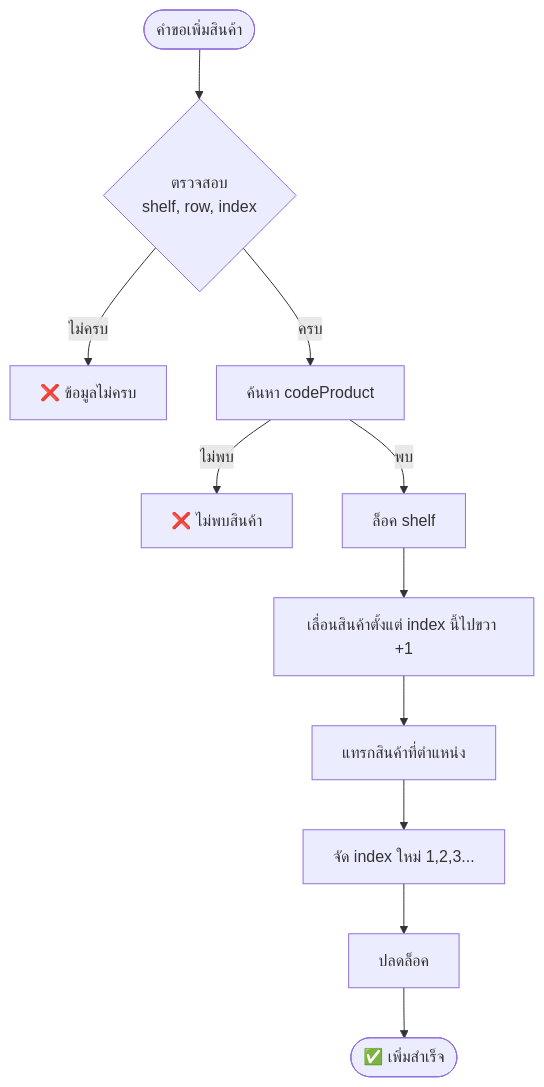
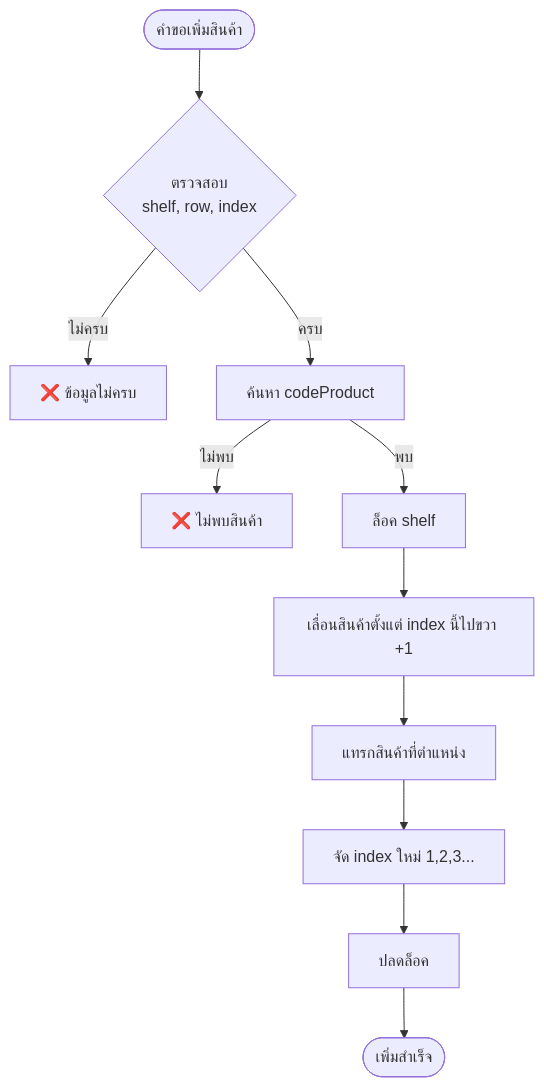
One commit to NatthawutT-07/server-BMR changed the second of 7 diagrams in docs/POG_REQUEST_FLOW.md. Above: the diagram before and after it, drawn with Mermaid. The commit also changed other lines of this file and 18 other files, not shown here.

````diff
--- a/docs/POG_REQUEST_FLOW.md
+++ b/docs/POG_REQUEST_FLOW.md
@@ -51,15 +51,15 @@
 ```mermaid
 flowchart TD
     START([คำขอเพิ่มสินค้า]) --> VALIDATE{ตรวจสอบ<br/>shelf, row, index}
     VALIDATE -->|ไม่ครบ| ERROR1[❌ ข้อมูลไม่ครบ]
     VALIDATE -->|ครบ| GET_CODE[ค้นหา codeProduct]
     
     GET_CODE -->|ไม่พบ| ERROR2[❌ ไม่พบสินค้า]
     GET_CODE -->|พบ| LOCK[ล็อค shelf]
     
     LOCK --> SHIFT[เลื่อนสินค้าตั้งแต่ index นี้ไปขวา +1]
     SHIFT --> INSERT[แทรกสินค้าที่ตำแหน่ง]
     INSERT --> REINDEX[จัด index ใหม่ 1,2,3...]
     REINDEX --> RELEASE[ปลดล็อค]
-    RELEASE --> SUCCESS([✅ เพิ่มสำเร็จ])
+    RELEASE --> SUCCESS([เพิ่มสำเร็จ])
 ```
````
